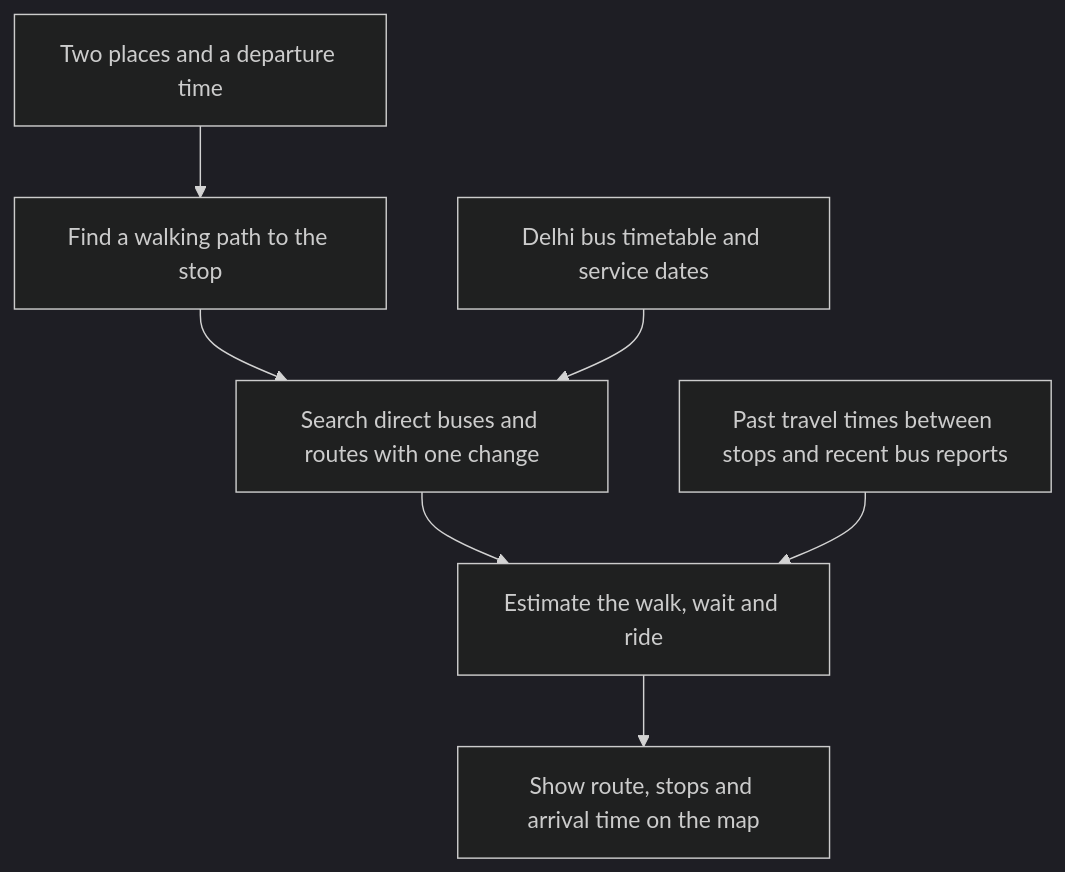
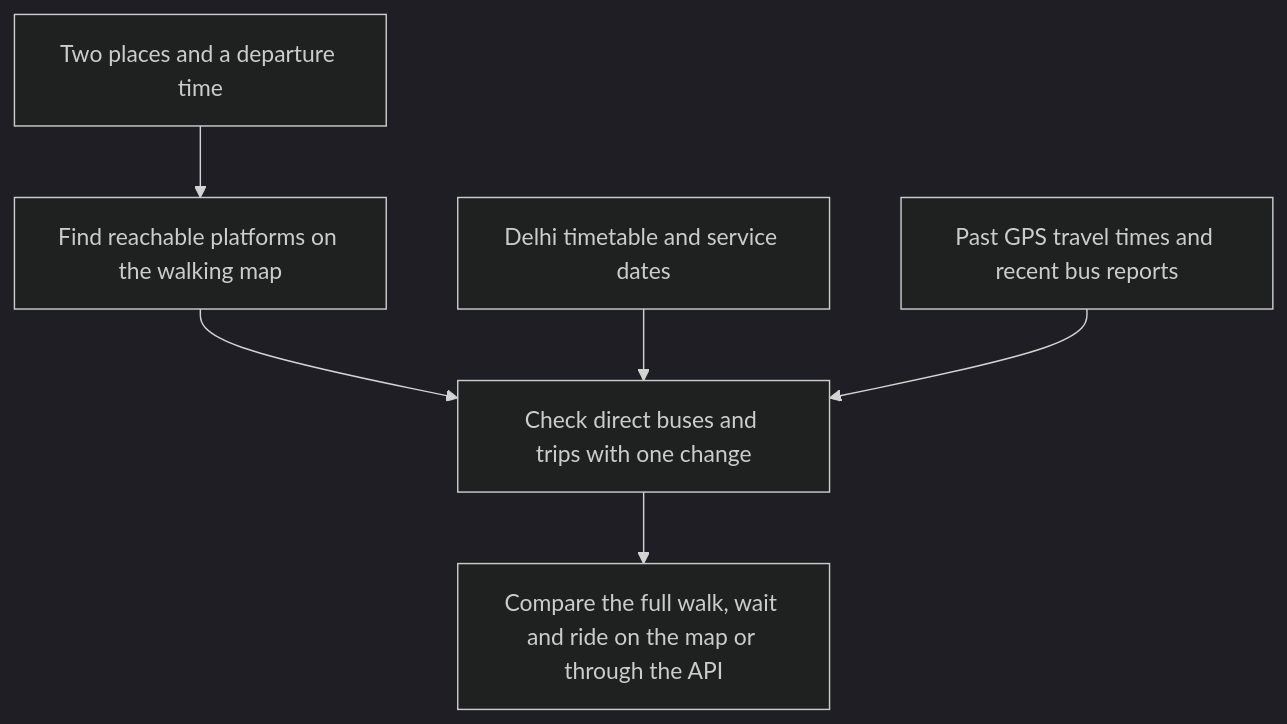
Before and after one commit to Shubhamjain752/delhi-bus-atlas-submission: the diagram in README.md, drawn with Mermaid (dark theme). The commit also changed other lines of this file and 1 other file, not shown here.

````diff
--- a/README.md
+++ b/README.md
@@ -20,9 +24,8 @@
 ```mermaid
 flowchart TD
-    A[Two places and a departure time] --> B[Find a walking path to the stop]
-    B --> C[Search direct buses and routes with one change]
-    D[Delhi bus timetable and service dates] --> C
-    C --> E[Estimate the walk, wait and ride]
-    F[Past travel times between stops and recent bus reports] --> E
-    E --> G[Show route, stops and arrival time on the map]
+    request["Two places and a departure time"] --> walk["Find reachable platforms on the walking map"]
+    walk --> search["Check direct buses and trips with one change"]
+    timetable["Delhi timetable and service dates"] --> search
+    history["Past GPS travel times and recent bus reports"] --> search
+    search --> result["Compare the full walk, wait and ride on the map or through the API"]
 ```
````
